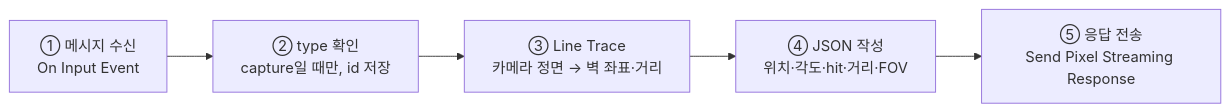
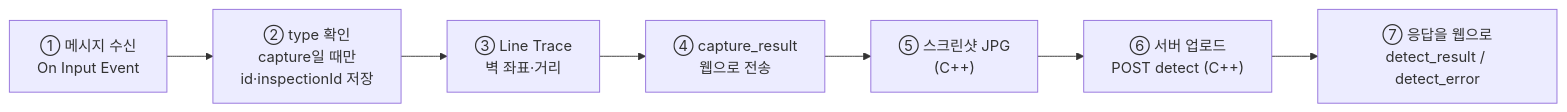
Before and after one commit to inha0307/AI-idea-system: the sixth of 6 diagrams in docs/디지털트윈팀_개발.md, drawn with Mermaid. The commit also changed other lines of this file and 4 other files, not shown here.

````diff
--- a/docs/디지털트윈팀_개발.md
+++ b/docs/디지털트윈팀_개발.md
@@ -392,4 +419,4 @@
 ```mermaid
 flowchart LR
-  A["① 메시지 수신<br/>On Input Event"] --> B["② type 확인<br/>capture일 때만, id 저장"] --> C["③ Line Trace<br/>카메라 정면 → 벽 좌표·거리"] --> D["④ JSON 작성<br/>위치·각도·hit·거리·FOV"] --> E["⑤ 응답 전송<br/>Send Pixel Streaming Response"]
+  A["① 메시지 수신<br/>On Input Event"] --> B["② type 확인<br/>capture일 때만<br/>id·inspectionId 저장"] --> C["③ Line Trace<br/>벽 좌표·거리"] --> D["④ capture_result<br/>웹으로 전송"] --> E["⑤ 스크린샷 JPG<br/>(C++)"] --> F["⑥ 서버 업로드<br/>POST detect (C++)"] --> G["⑦ 응답을 웹으로<br/>detect_result / detect_error"]
 ```
````
